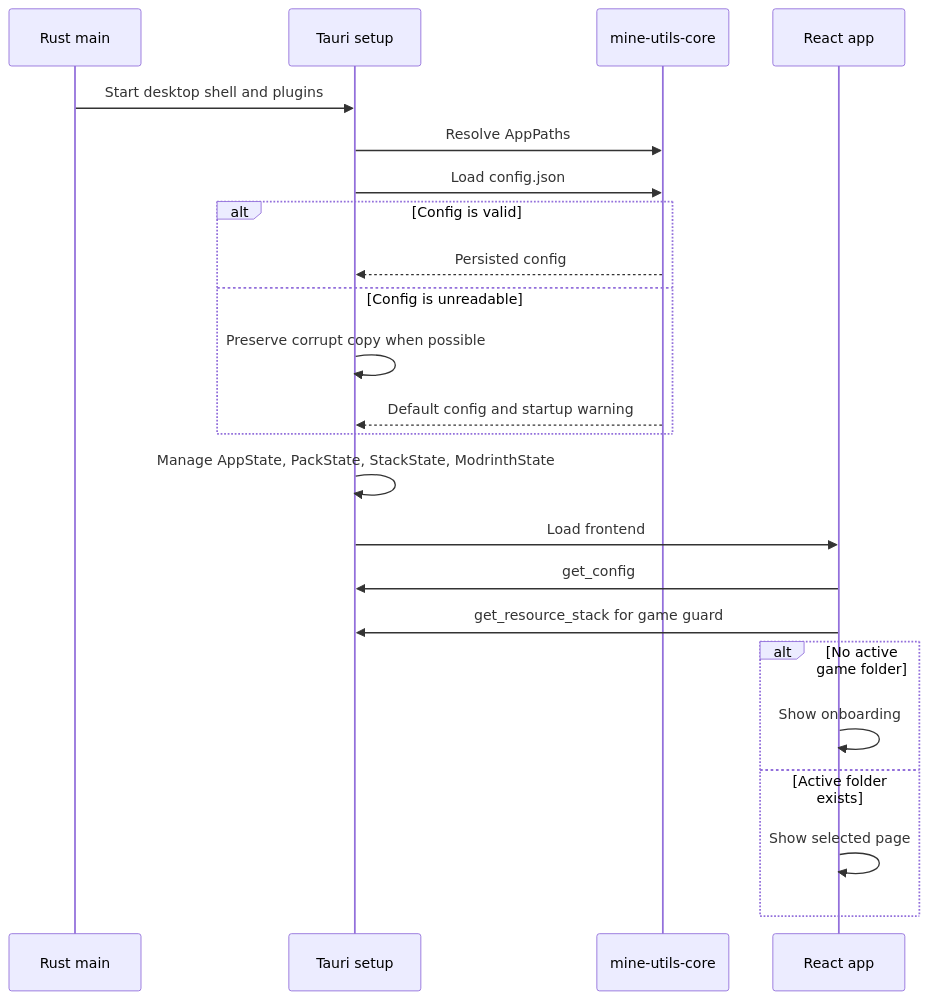
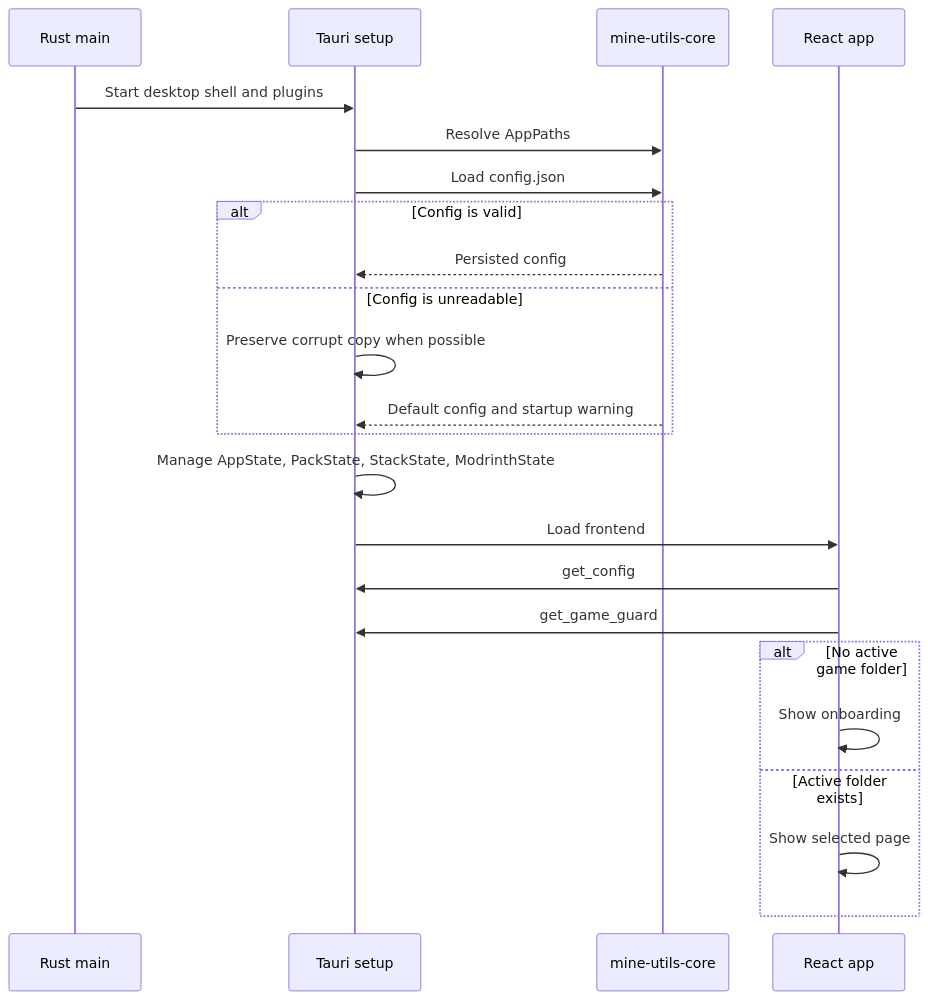
The second of 5 diagrams in ARCHITECTURE.md (botij0/mine-utils-manager), drawn with Mermaid before and after one commit. The commit also changed other lines of this file and 10 other files, not shown here.

First line of the commit message:
fix(app): poll a dedicated game-guard command

````diff
--- a/ARCHITECTURE.md
+++ b/ARCHITECTURE.md
@@ -119,26 +120,26 @@
 ```mermaid
 sequenceDiagram
     participant Main as Rust main
     participant Tauri as Tauri setup
     participant Core as mine-utils-core
     participant UI as React app
 
     Main->>Tauri: Start desktop shell and plugins
     Tauri->>Core: Resolve AppPaths
     Tauri->>Core: Load config.json
     alt Config is valid
         Core-->>Tauri: Persisted config
     else Config is unreadable
         Tauri->>Tauri: Preserve corrupt copy when possible
         Core-->>Tauri: Default config and startup warning
     end
     Tauri->>Tauri: Manage AppState, PackState, StackState, ModrinthState
     Tauri->>UI: Load frontend
     UI->>Tauri: get_config
-    UI->>Tauri: get_resource_stack for game guard
+    UI->>Tauri: get_game_guard
     alt No active game folder
         UI->>UI: Show onboarding
     else Active folder exists
         UI->>UI: Show selected page
     end
 ```
````
